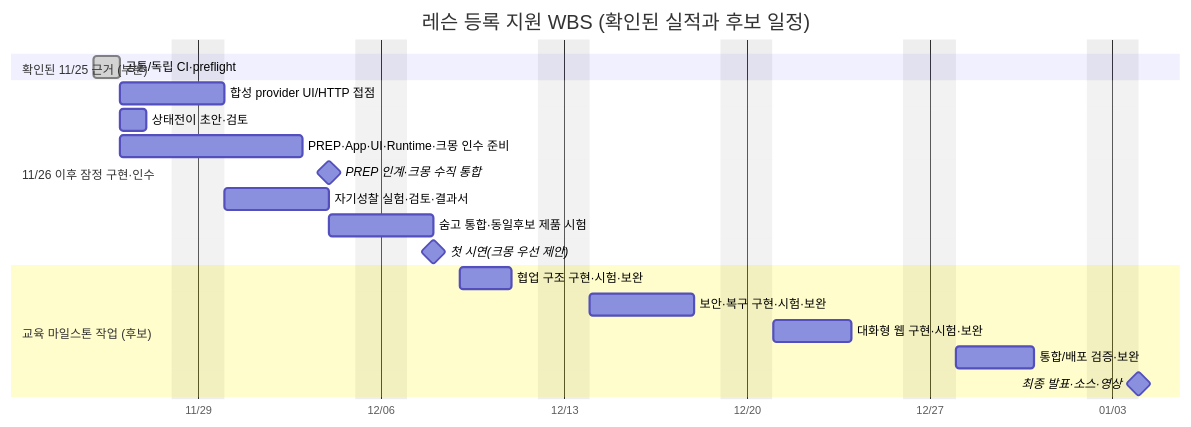
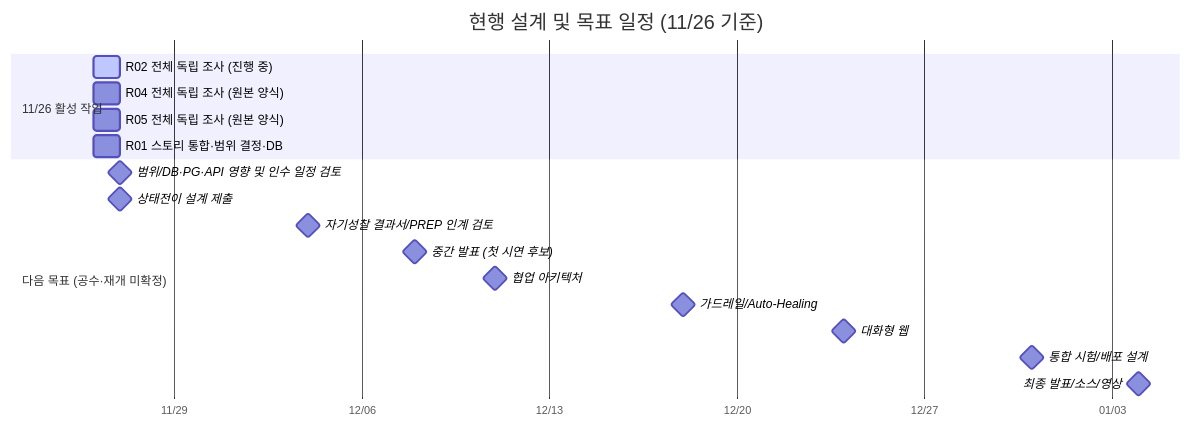
Before and after one commit to ik-e/chaja-you: the diagram in docs/step1/WBS_제출본.md, drawn with Mermaid. The commit also changed other lines of this file and 16 other files, not shown here.

````diff
--- a/docs/step1/WBS_제출본.md
+++ b/docs/step1/WBS_제출본.md
@@ -7,23 +7,21 @@
 ```mermaid
 gantt
- title 레슨 등록 지원 WBS (확인된 실적과 후보 일정)
+ title 현행 설계 및 목표 일정 (11/26 기준)
  dateFormat YYYY-MM-DD
  axisFormat %m/%d
- excludes weekends
- section 확인된 11/25 근거 (부분)
- 공통/독립 CI·preflight :done, e1, 2026-11-25, 1d
- section 11/26 이후 잠정 구현·인수
- 합성 provider UI/HTTP 접점 :p1, 2026-11-26, 2026-11-30
- 상태전이 초안·검토 :p2, 2026-11-26, 2026-11-27
- PREP·App·UI·Runtime·크몽 인수 준비 :p3, 2026-11-26, 2026-12-03
- PREP 인계·크몽 수직 통합 :milestone, m1, 2026-12-04, 0d
- 자기성찰 실험·검토·결과서 :p4, 2026-11-30, 2026-12-04
- 숨고 통합·동일후보 제품 시험 :p5, 2026-12-04, 2026-12-08
- 첫 시연(크몽 우선 제안) :milestone, m2, 2026-12-08, 0d
- section 교육 마일스톤 작업 (후보)
- 협업 구조 구현·시험·보완 :p6, 2026-12-09, 2026-12-11
- 보안·복구 구현·시험·보완 :p7, 2026-12-14, 2026-12-18
- 대화형 웹 구현·시험·보완 :p8, 2026-12-21, 2026-12-24
- 통합/배포 검증·보완 :p9, 2026-12-28, 2026-12-31
- 최종 발표·소스·영상 :milestone, m3, 2027-01-04, 0d
+ section 11/26 활성 작업
+ R02 전체 독립 조사 (진행 중) :active, t55, 2026-11-26, 1d
+ R04 전체 독립 조사 (원본 양식) :t56, 2026-11-26, 1d
+ R05 전체 독립 조사 (원본 양식) :t57, 2026-11-26, 1d
+ R01 스토리 통합·범위 결정·DB :t58, 2026-11-26, 1d
+ section 다음 목표 (공수·재개 미확정)
+ 범위/DB·PG·API 영향 및 인수 일정 검토 :milestone, m0, 2026-11-27, 0d
+ 상태전이 설계 제출 :milestone, m1, 2026-11-27, 0d
+ 자기성찰 결과서/PREP 인계 검토 :milestone, m2, 2026-12-04, 0d
+ 중간 발표 (첫 시연 후보) :milestone, m3, 2026-12-08, 0d
+ 협업 아키텍처 :milestone, m4, 2026-12-11, 0d
+ 가드레일/Auto-Healing :milestone, m5, 2026-12-18, 0d
+ 대화형 웹 :milestone, m6, 2026-12-24, 0d
+ 통합 시험/배포 설계 :milestone, m7, 2026-12-31, 0d
+ 최종 발표/소스/영상 :milestone, m8, 2027-01-04, 0d
 ```
````
